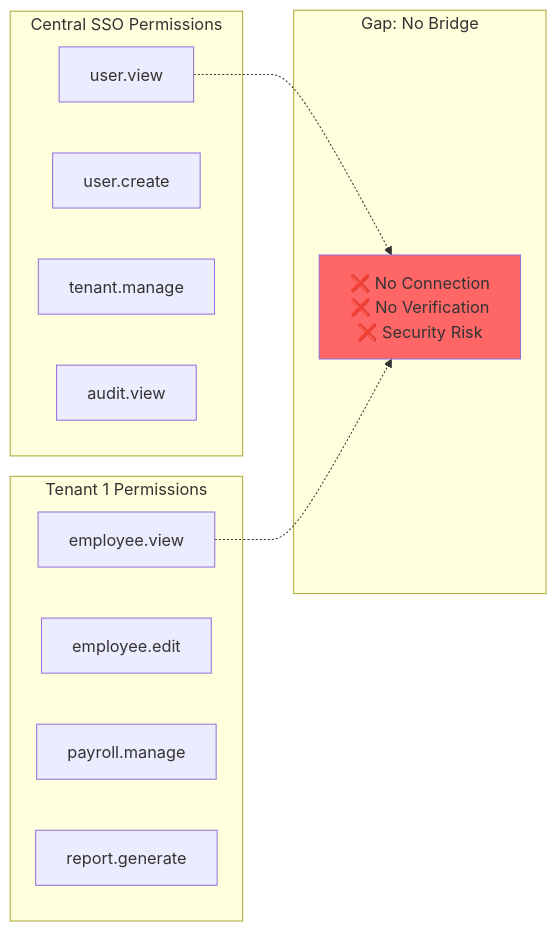
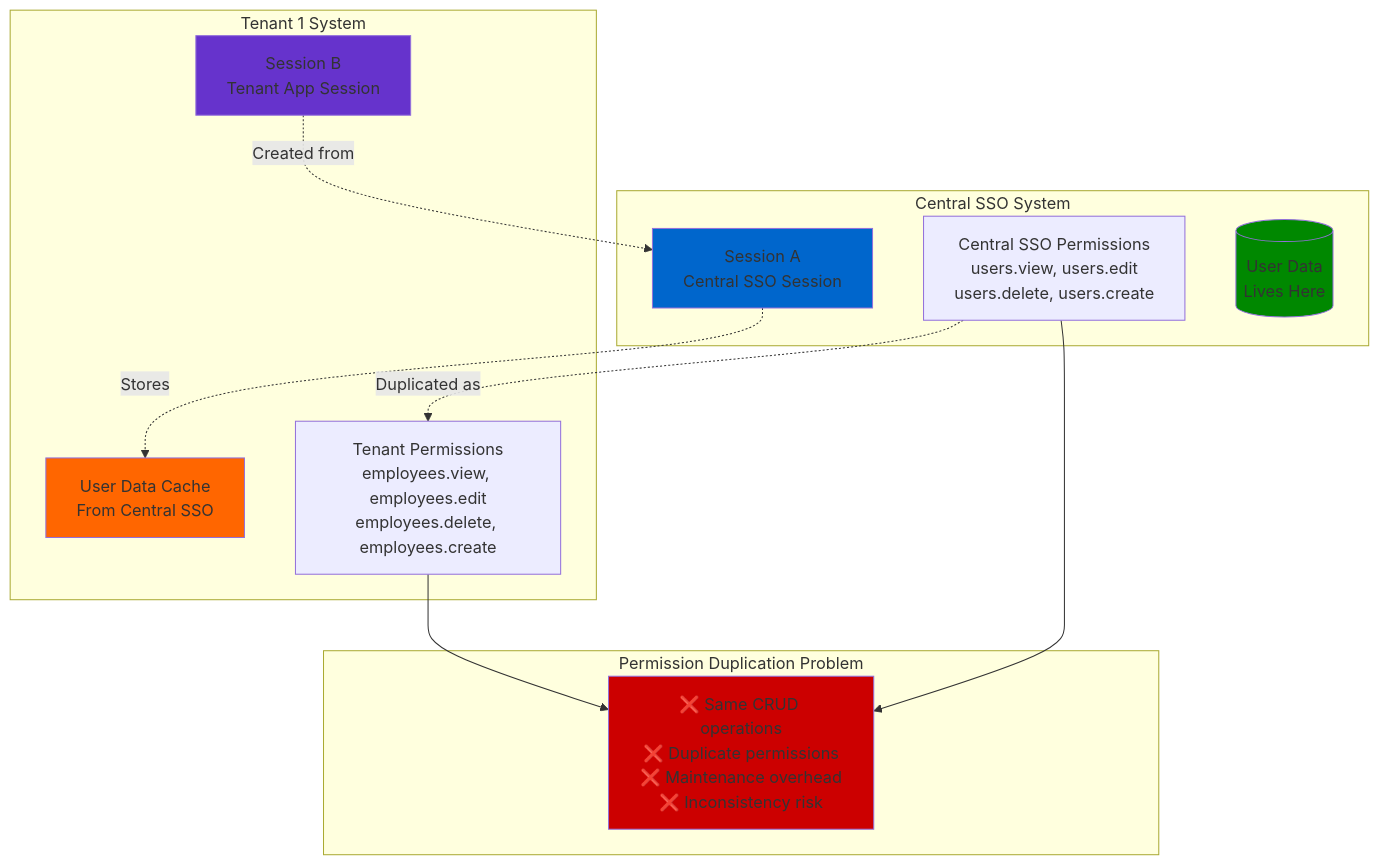
One commit to hi-dil/SSO-POC changed the fourth of 22 diagrams in docs/architecture/challenges-and-solutions.md. Above: the diagram before and after it, drawn with Mermaid. The commit also changed other lines of this file and 4 other files, not shown here.

````diff
--- a/docs/architecture/challenges-and-solutions.md
+++ b/docs/architecture/challenges-and-solutions.md
@@ -122,25 +153,30 @@
 ```mermaid
-graph LR
-    subgraph "Central SSO Permissions"
-        SP1[user.view]
-        SP2[user.create]
-        SP3[tenant.manage]
-        SP4[audit.view]
+graph TB
+    subgraph "Central SSO System"
+        SSO_SESSION[Session A<br/>Central SSO Session]
+        SSO_PERMS[Central SSO Permissions<br/>users.view, users.edit<br/>users.delete, users.create]
+        SSO_DATA[(User Data<br/>Lives Here)]
     end
     
-    subgraph "Tenant 1 Permissions"
-        TP1[employee.view]
-        TP2[employee.edit]
-        TP3[payroll.manage]
-        TP4[report.generate]
+    subgraph "Tenant 1 System" 
+        TENANT_SESSION[Session B<br/>Tenant App Session]
+        TENANT_PERMS[Tenant Permissions<br/>employees.view, employees.edit<br/>employees.delete, employees.create]
+        TENANT_CACHE[User Data Cache<br/>From Central SSO]
     end
     
-    subgraph "Gap: No Bridge"
-        GAP[❌ No Connection<br/>❌ No Verification<br/>❌ Security Risk]
+    subgraph "Permission Duplication Problem"
+        PROBLEM[❌ Same CRUD operations<br/>❌ Duplicate permissions<br/>❌ Maintenance overhead<br/>❌ Inconsistency risk]
     end
     
-    SP1 -.-> GAP
-    TP1 -.-> GAP
+    SSO_SESSION -.Stores.-> TENANT_CACHE
+    TENANT_SESSION -.Created from.-> SSO_SESSION
+    SSO_PERMS -.Duplicated as.-> TENANT_PERMS
+    TENANT_PERMS --> PROBLEM
+    SSO_PERMS --> PROBLEM
     
-    style GAP fill:#ff6666
+    style SSO_SESSION fill:#0066cc
+    style TENANT_SESSION fill:#6633cc
+    style SSO_DATA fill:#008800
+    style TENANT_CACHE fill:#ff6600
+    style PROBLEM fill:#cc0000
 ```
````
